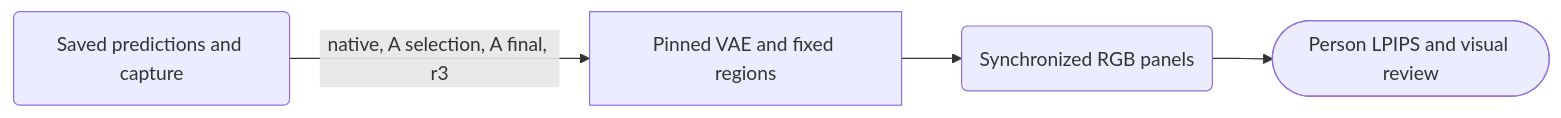
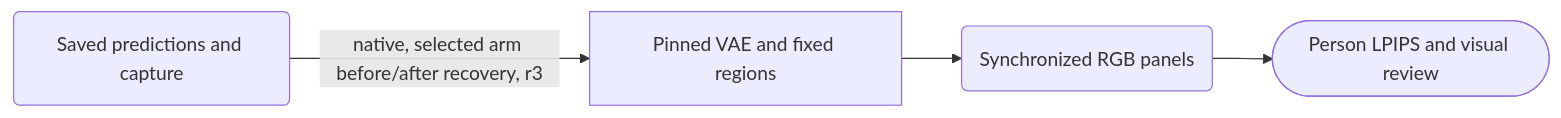
One commit to AtlantixJJ/LTX-2 changed the diagram in scripts/prune/doc/evaluate/joint_media.md. Above: the diagram before and after it, drawn with Mermaid. The commit also changed other lines of this file and 21 other files, not shown here.

````diff
--- a/scripts/prune/doc/evaluate/joint_media.md
+++ b/scripts/prune/doc/evaluate/joint_media.md
@@ -26,5 +26,5 @@
 ```mermaid
 flowchart LR
-  S("Saved predictions and capture") -->|"native, A selection, A final, r3"| D["Pinned VAE and fixed regions"]
+  S("Saved predictions and capture") -->|"native, selected arm before/after recovery, r3"| D["Pinned VAE and fixed regions"]
   D --> P("Synchronized RGB panels") --> Q(["Person LPIPS and visual review"])
 ```
````
